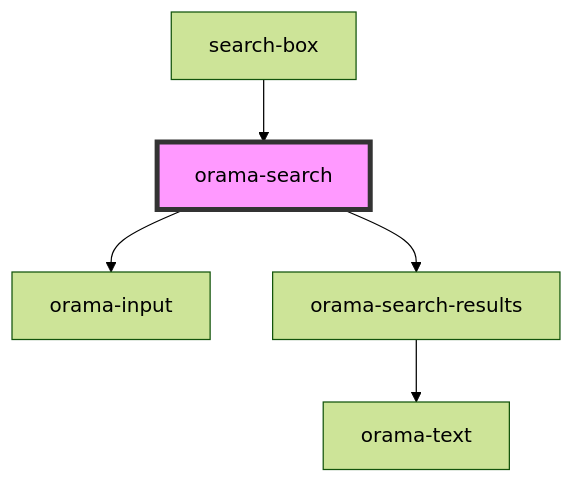
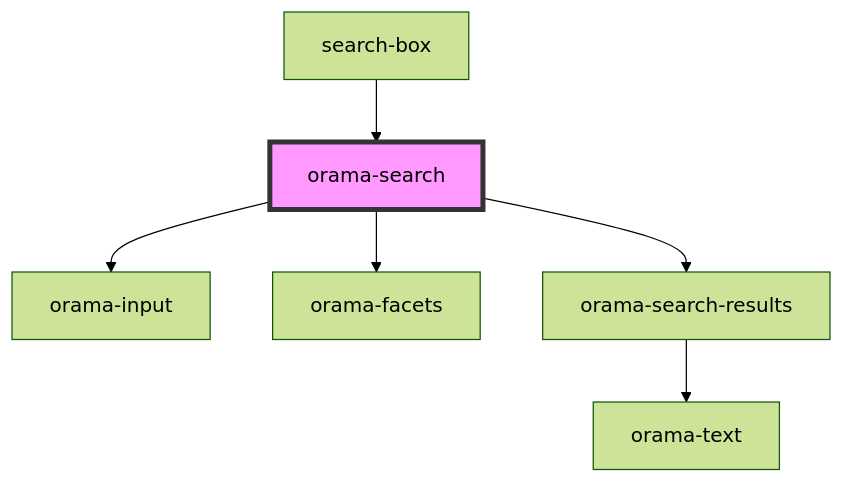
The diagram in packages/ui-stencil/src/components/internal/orama-search/readme.md (askorama/orama-ui-components), drawn with Mermaid (forest theme) before and after one commit. The commit also changed other lines of this file and 20 other files, not shown here.

````diff
--- a/packages/ui-stencil/src/components/internal/orama-search/readme.md
+++ b/packages/ui-stencil/src/components/internal/orama-search/readme.md
@@ -20,8 +21,9 @@
 ```mermaid
 graph TD;
   orama-search --> orama-input
+  orama-search --> orama-facets
   orama-search --> orama-search-results
   orama-search-results --> orama-text
   search-box --> orama-search
   style orama-search fill:#f9f,stroke:#333,stroke-width:4px
 ```
````
